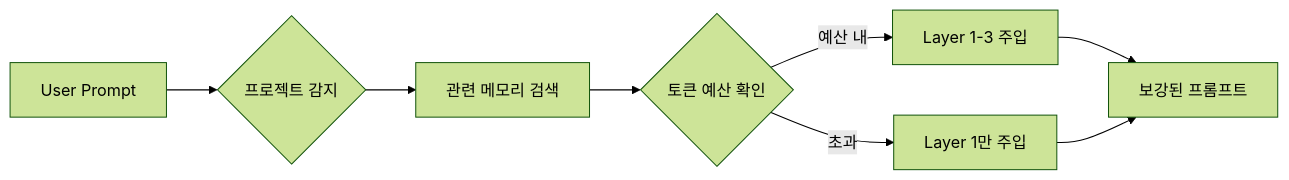
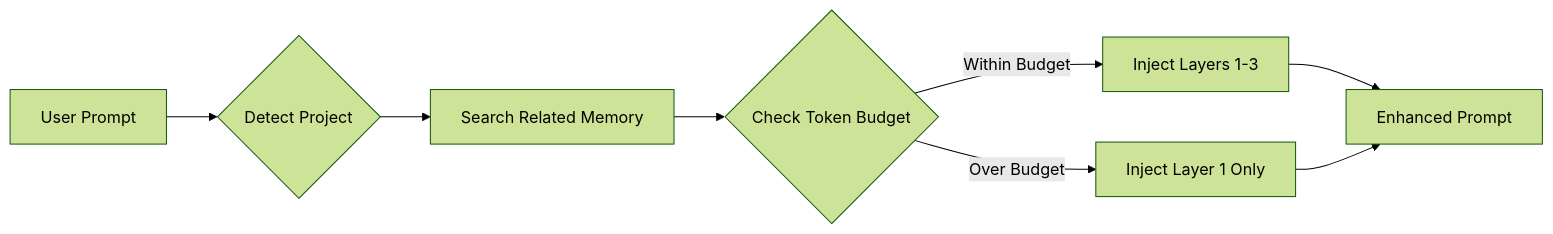
Before and after one commit to yeochul-jeon/ralph-mem: the fourth of 10 diagrams in docs/PRD.md, drawn with Mermaid (forest theme). The commit also changed other lines of this file and 26 other files, not shown here.

````diff
--- a/docs/PRD.md
+++ b/docs/PRD.md
@@ -239,10 +241,10 @@
 ```mermaid
 flowchart LR
-    A[User Prompt] --> B{프로젝트 감지}
-    B --> C[관련 메모리 검색]
-    C --> D{토큰 예산 확인}
-    D -->|예산 내| E[Layer 1-3 주입]
-    D -->|초과| F[Layer 1만 주입]
-    E --> G[보강된 프롬프트]
+    A[User Prompt] --> B{Detect Project}
+    B --> C[Search Related Memory]
+    C --> D{Check Token Budget}
+    D -->|Within Budget| E[Inject Layers 1-3]
+    D -->|Over Budget| F[Inject Layer 1 Only]
+    E --> G[Enhanced Prompt]
     F --> G
 ```
````
